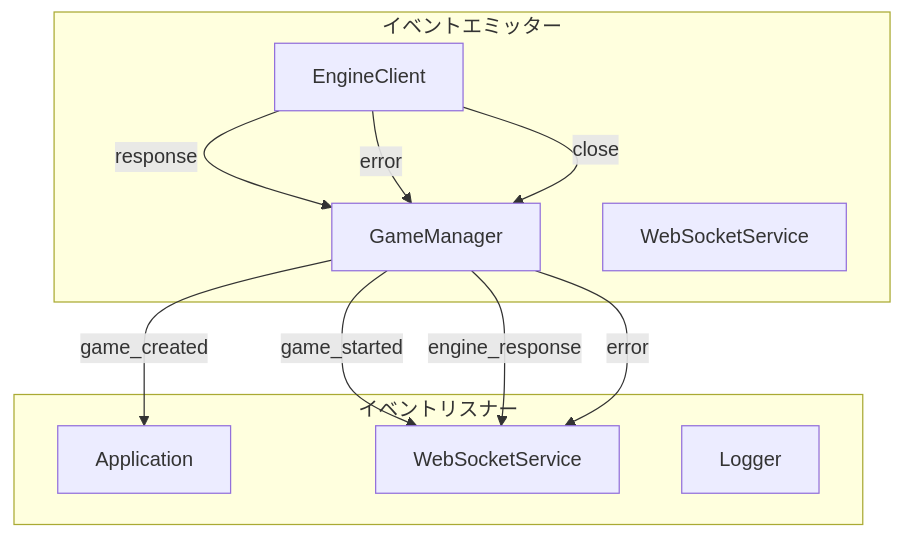
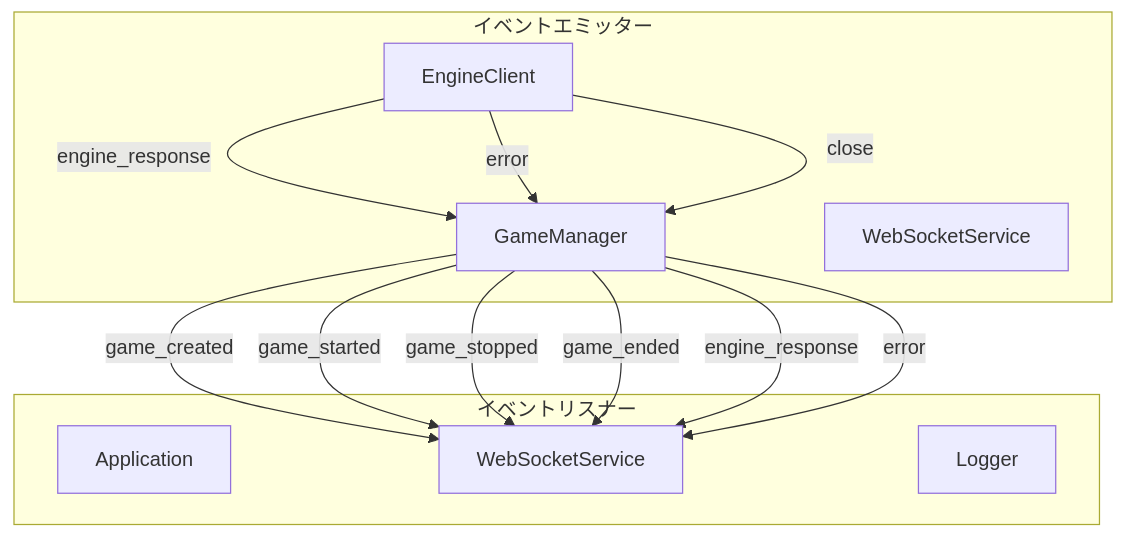
One commit to tora-tora-tiger/mics2-1d changed the first of 5 diagrams in client/docs/events.md. Above: the diagram before and after it, drawn with Mermaid. The commit also changed other lines of this file and 2 other files, not shown here.

````diff
--- a/client/docs/events.md
+++ b/client/docs/events.md
@@ -9,22 +9,24 @@
 ```mermaid
 graph TB
     subgraph "イベントエミッター"
         GameManager[GameManager]
         EngineClient[EngineClient]
         WSService[WebSocketService]
     end
 
     subgraph "イベントリスナー"
         App[Application]
         WSService2[WebSocketService]
         Logger[Logger]
     end
 
-    GameManager -->|game_created| App
+    GameManager -->|game_created| WSService2
     GameManager -->|game_started| WSService2
+    GameManager -->|game_stopped| WSService2
+    GameManager -->|game_ended| WSService2
     GameManager -->|engine_response| WSService2
     GameManager -->|error| WSService2
-    EngineClient -->|response| GameManager
+    EngineClient -->|engine_response| GameManager
     EngineClient -->|error| GameManager
     EngineClient -->|close| GameManager
 ```
````
